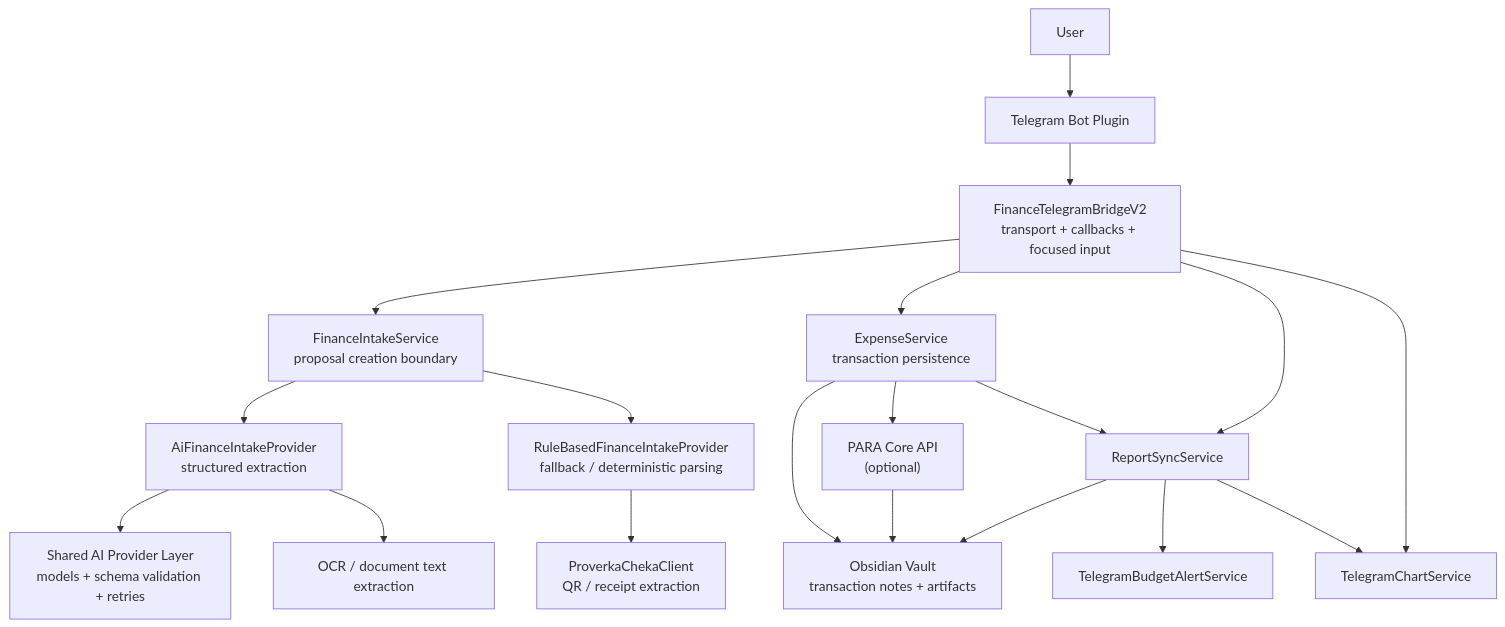
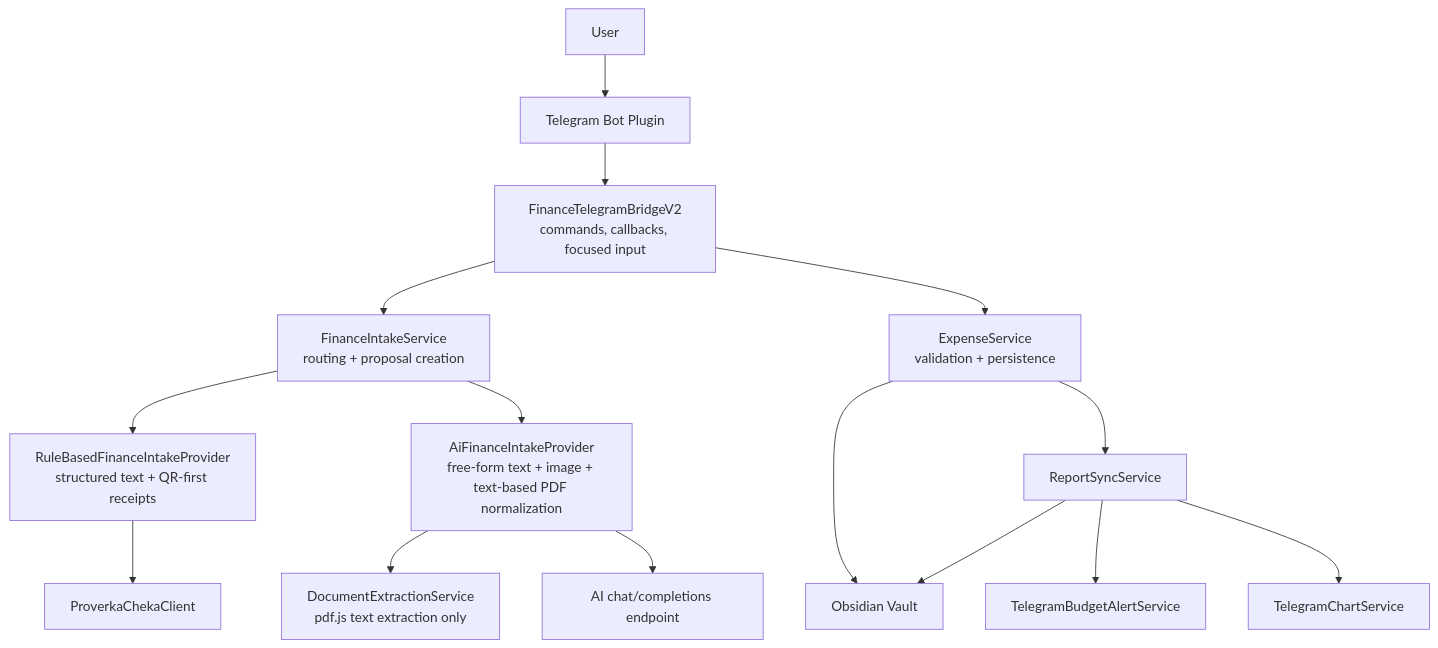
Before and after one commit to Xoanis/obsidian-expense-manager: the first of 6 diagrams in docs/service-architecture.md, drawn with Mermaid. The commit also changed other lines of this file and 2 other files, not shown here.

````diff
--- a/docs/service-architecture.md
+++ b/docs/service-architecture.md
@@ -32,21 +11,17 @@
 ```mermaid
 flowchart TD
     U["User"] --> TG["Telegram Bot Plugin"]
-    TG --> BR["FinanceTelegramBridgeV2<br/>transport + callbacks + focused input"]
-    BR --> FI["FinanceIntakeService<br/>proposal creation boundary"]
-    FI --> AP["AiFinanceIntakeProvider<br/>structured extraction"]
-    FI --> RP["RuleBasedFinanceIntakeProvider<br/>fallback / deterministic parsing"]
-    AP --> AIP["Shared AI Provider Layer<br/>models + schema validation + retries"]
-    AP --> OCR["OCR / document text extraction"]
-    RP --> QR["ProverkaChekaClient<br/>QR / receipt extraction"]
-    BR --> ES["ExpenseService<br/>transaction persistence"]
-    ES --> VA["Obsidian Vault<br/>transaction notes + artifacts"]
-    ES --> PC["PARA Core API<br/>(optional)"]
+    TG --> BR["FinanceTelegramBridgeV2<br/>commands, callbacks, focused input"]
+    BR --> FI["FinanceIntakeService<br/>routing + proposal creation"]
+    FI --> RP["RuleBasedFinanceIntakeProvider<br/>structured text + QR-first receipts"]
+    FI --> AP["AiFinanceIntakeProvider<br/>free-form text + image + text-based PDF normalization"]
+    AP --> DX["DocumentExtractionService<br/>pdf.js text extraction only"]
+    AP --> AI["AI chat/completions endpoint"]
+    RP --> QR["ProverkaChekaClient"]
+    BR --> ES["ExpenseService<br/>validation + persistence"]
+    ES --> VA["Obsidian Vault"]
     ES --> RS["ReportSyncService"]
     RS --> VA
     RS --> TB["TelegramBudgetAlertService"]
     RS --> TC["TelegramChartService"]
-    BR --> RS
-    BR --> TC
-    PC --> VA
 ```
````
